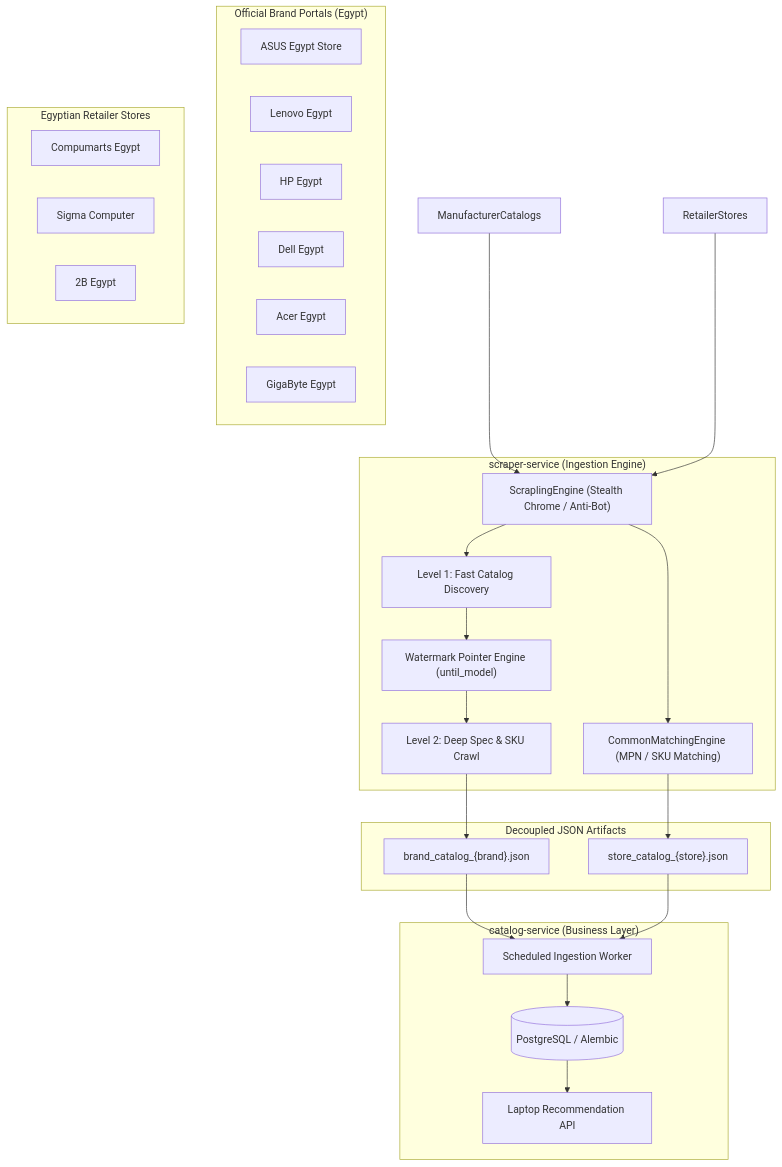
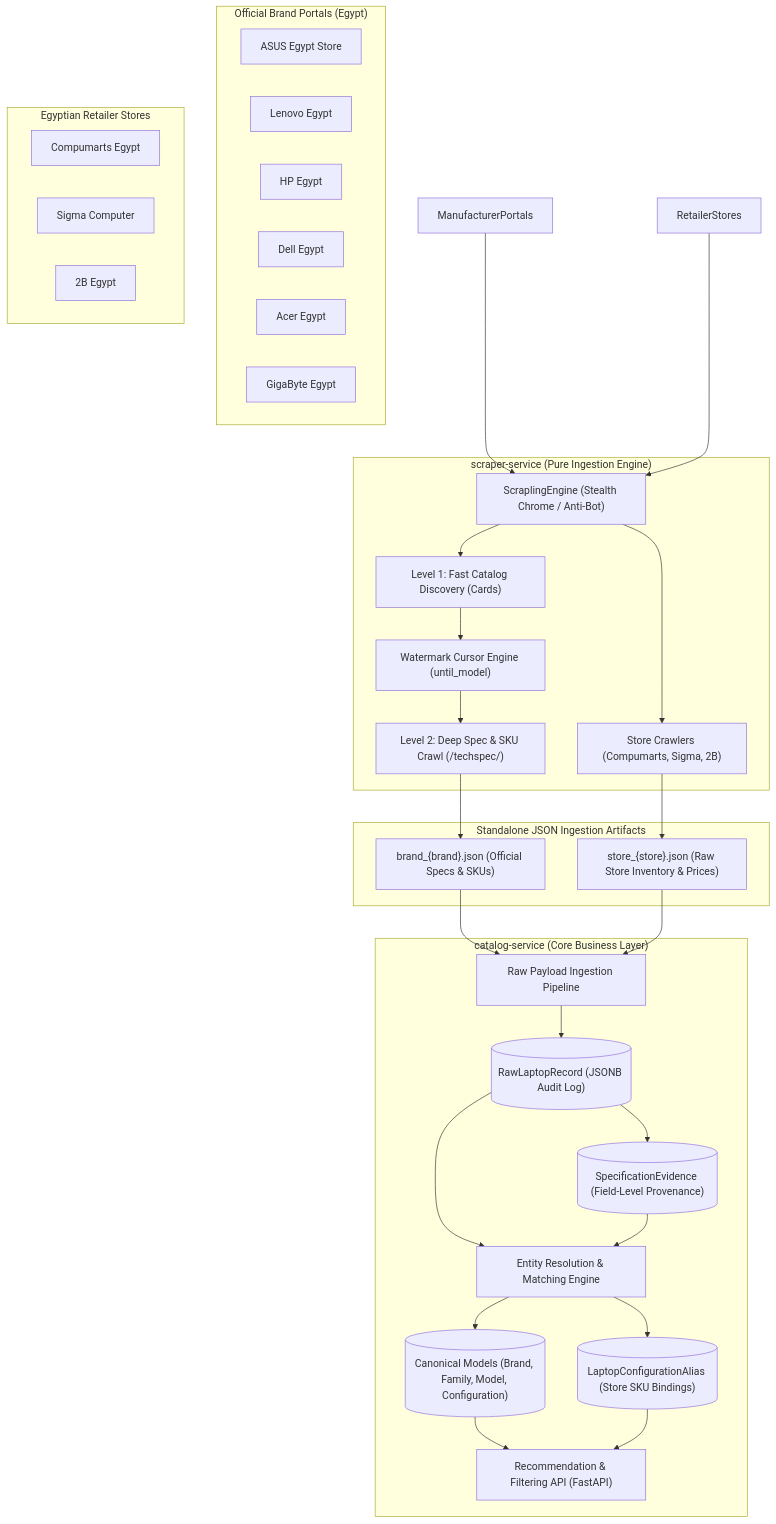
The first of 2 diagrams in Docs/ARCHITECTURE.md (marwan779/laptop-recommender), drawn with Mermaid before and after one commit. The commit also changed other lines of this file and 49 other files, not shown here.

First line of the commit message:
Refactor: Decouple matching from scraper-service and update architecture docs

````diff
--- a/Docs/ARCHITECTURE.md
+++ b/Docs/ARCHITECTURE.md
@@ -11,51 +11,61 @@
 ```mermaid
 flowchart TD
-    subgraph Manufacturer Catalogs ["Official Brand Portals (Egypt)"]
+    subgraph Manufacturer Portals ["Official Brand Portals (Egypt)"]
         ASUS["ASUS Egypt Store"]
         LENOVO["Lenovo Egypt"]
         HP["HP Egypt"]
         DELL["Dell Egypt"]
         ACER["Acer Egypt"]
         GIGA["GigaByte Egypt"]
     end
 
     subgraph Retailer Stores ["Egyptian Retailer Stores"]
         COMP["Compumarts Egypt"]
         SIGMA["Sigma Computer"]
         TWOB["2B Egypt"]
     end
 
-    subgraph ScraperService ["scraper-service (Ingestion Engine)"]
+    subgraph ScraperService ["scraper-service (Pure Ingestion Engine)"]
         ENG["ScraplingEngine (Stealth Chrome / Anti-Bot)"]
-        L1["Level 1: Fast Catalog Discovery"]
-        L2["Level 2: Deep Spec & SKU Crawl"]
-        WM["Watermark Pointer Engine (until_model)"]
-        MATCH["CommonMatchingEngine (MPN / SKU Matching)"]
+        L1["Level 1: Fast Catalog Discovery (Cards)"]
+        L2["Level 2: Deep Spec & SKU Crawl (/techspec/)"]
+        WM["Watermark Cursor Engine (until_model)"]
+        STORE_ENG["Store Crawlers (Compumarts, Sigma, 2B)"]
     end
 
-    subgraph StorageArtifacts ["Decoupled JSON Artifacts"]
-        JSON_BRAND["brand_catalog_{brand}.json"]
-        JSON_STORE["store_catalog_{store}.json"]
+    subgraph StorageArtifacts ["Standalone JSON Ingestion Artifacts"]
+        JSON_BRAND["brand_{brand}.json (Official Specs & SKUs)"]
+        JSON_STORE["store_{store}.json (Raw Store Inventory & Prices)"]
     end
 
-    subgraph CatalogService ["catalog-service (Business Layer)"]
-        CRON["Scheduled Ingestion Worker"]
-        DB[(PostgreSQL / Alembic)]
-        REC["Laptop Recommendation API"]
+    subgraph CatalogService ["catalog-service (Core Business Layer)"]
+        RAW_INGEST["Raw Payload Ingestion Pipeline"]
+        RAW_DB[("RawLaptopRecord (JSONB Audit Log)")]
+        SPEC_EVID[("SpecificationEvidence (Field-Level Provenance)")]
+        ENTITY_RES["Entity Resolution & Matching Engine"]
+        CANONICAL_DB[("Canonical Models (Brand, Family, Model, Configuration)")]
+        ALIAS_DB[("LaptopConfigurationAlias (Store SKU Bindings)")]
+        REC_API["Recommendation & Filtering API (FastAPI)"]
     end
 
-    ManufacturerCatalogs --> ENG
+    ManufacturerPortals --> ENG
     ENG --> L1
     L1 --> WM
     WM --> L2
     L2 --> JSON_BRAND
 
     RetailerStores --> ENG
-    ENG --> MATCH
-    MATCH --> JSON_STORE
+    ENG --> STORE_ENG
+    STORE_ENG --> JSON_STORE
 
-    JSON_BRAND --> CRON
-    JSON_STORE --> CRON
-    CRON --> DB
-    DB --> REC
+    JSON_BRAND --> RAW_INGEST
+    JSON_STORE --> RAW_INGEST
+    RAW_INGEST --> RAW_DB
+    RAW_DB --> SPEC_EVID
+    RAW_DB --> ENTITY_RES
+    SPEC_EVID --> ENTITY_RES
+    ENTITY_RES --> CANONICAL_DB
+    ENTITY_RES --> ALIAS_DB
+    CANONICAL_DB --> REC_API
+    ALIAS_DB --> REC_API
 ```
````
